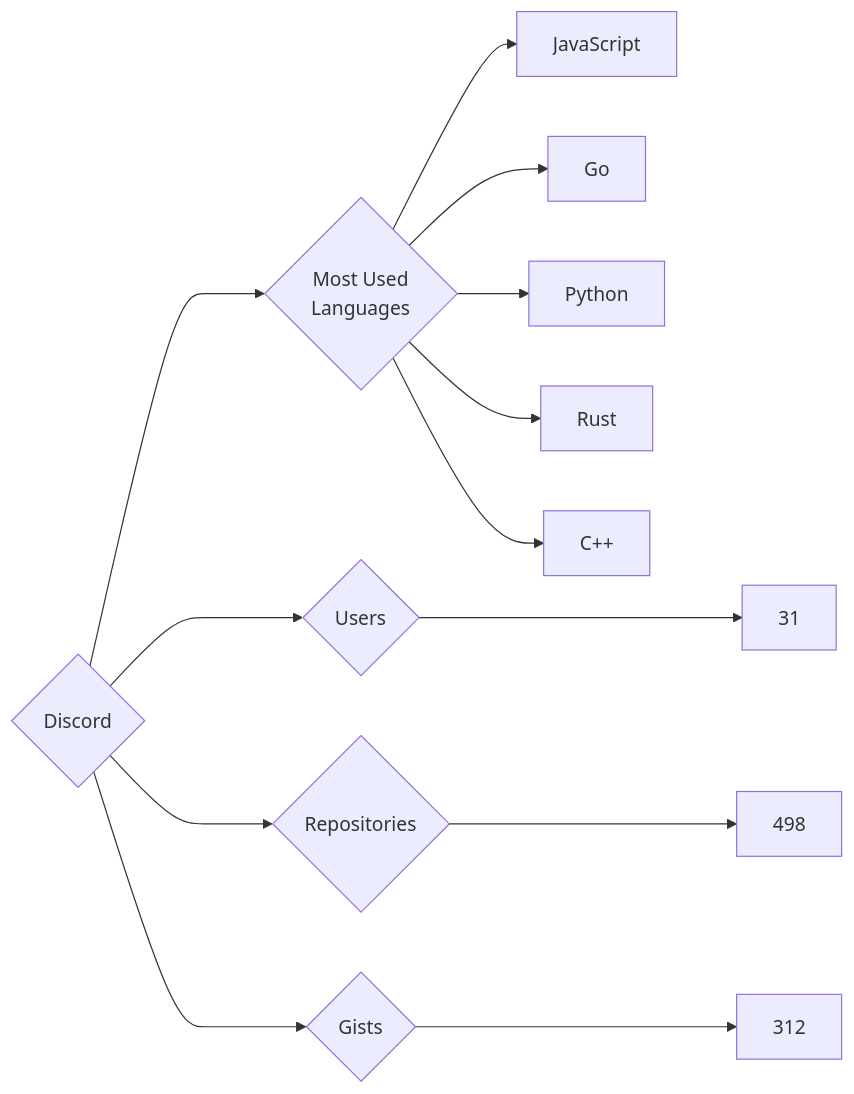
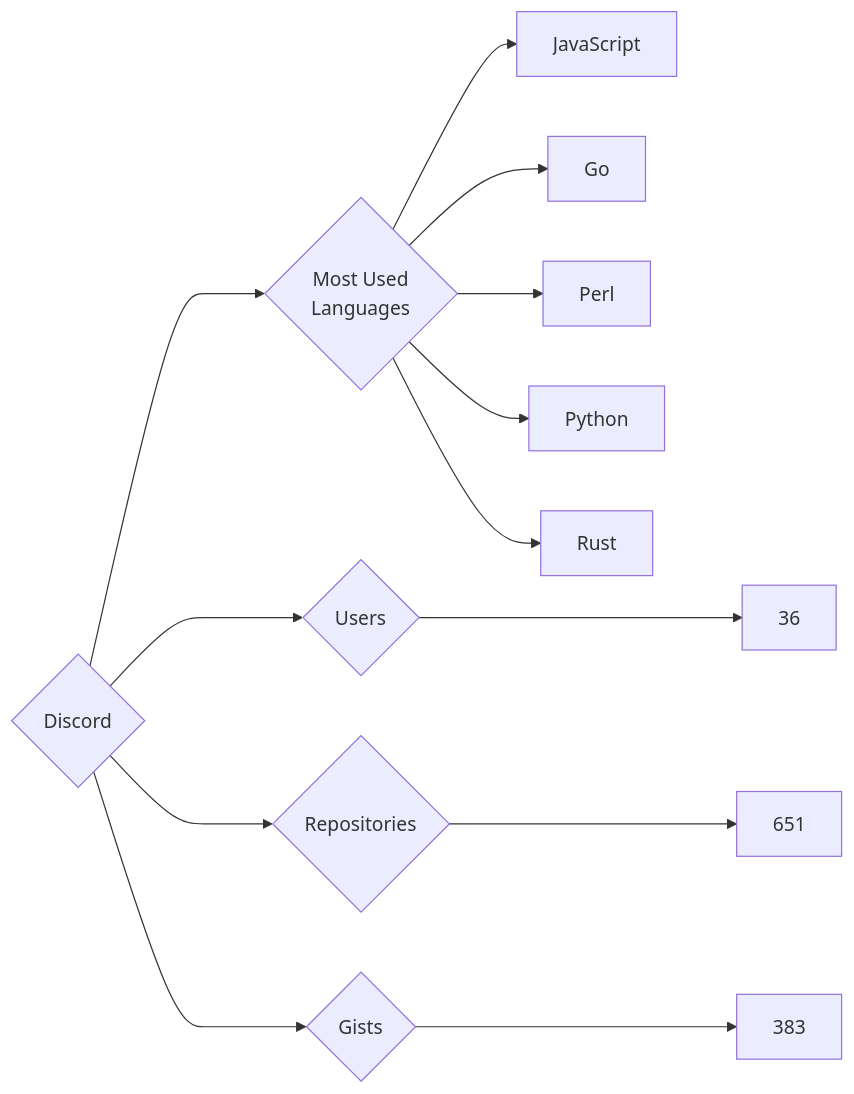
One commit to trickest/insiders changed the diagram in targets/Discord/README.md. Above: the diagram before and after it, drawn with Mermaid. The commit also changed 757 other files, not shown here.

````diff
--- a/targets/Discord/README.md
+++ b/targets/Discord/README.md
@@ -3,13 +3,13 @@
 ```mermaid
 graph LR
 COMPANY_NAME{Discord}
-COMPANY_NAME ---> U{Users} ---> UN[31]
-COMPANY_NAME ---> R{Repositories} ---> RN[498]
-COMPANY_NAME ---> G{Gists} ---> GN[312]
+COMPANY_NAME ---> U{Users} ---> UN[36]
+COMPANY_NAME ---> R{Repositories} ---> RN[651]
+COMPANY_NAME ---> G{Gists} ---> GN[383]
 COMPANY_NAME ---> ML{Most Used<br>Languages}
 ML --> JavaScript[JavaScript]
 ML --> Go[Go]
+ML --> Perl[Perl]
 ML --> Python[Python]
 ML --> Rust[Rust]
-ML --> C++[C++]
 ```
````
